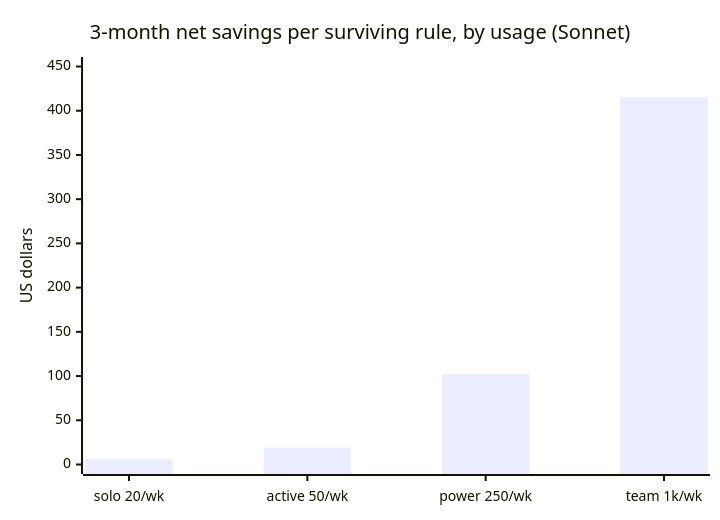
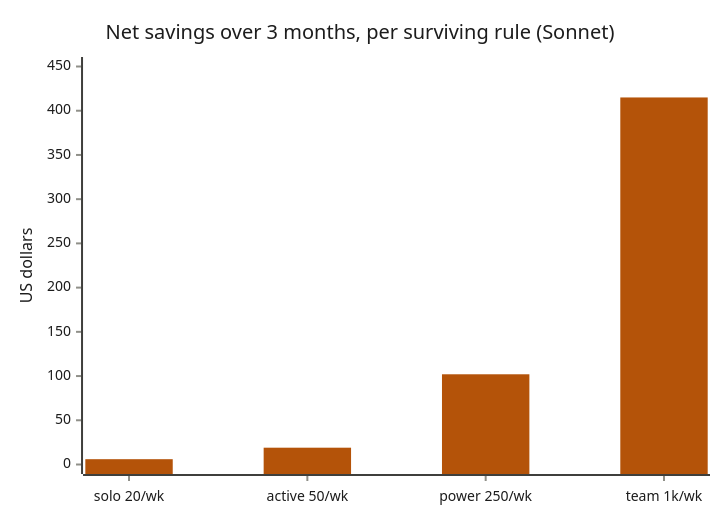
The third of 3 diagrams in README.md (vukkt/token-warden), drawn with Mermaid before and after one commit. The commit also changed other lines of this file and 87 other files, not shown here.

````diff
--- a/README.md
+++ b/README.md
@@ -83,7 +131,8 @@
 ```mermaid
+%%{init: {"theme":"base","themeVariables":{"fontFamily":"ui-monospace, SFMono-Regular, Menlo, monospace","fontSize":"13px","xyChart":{"backgroundColor":"#ffffff","titleColor":"#1c1c1c","xAxisLabelColor":"#1c1c1c","xAxisTitleColor":"#1c1c1c","xAxisTickColor":"#8f8f88","xAxisLineColor":"#3f3f3c","yAxisLabelColor":"#1c1c1c","yAxisTitleColor":"#1c1c1c","yAxisTickColor":"#8f8f88","yAxisLineColor":"#3f3f3c","plotColorPalette":"#b45309"}}}}%%
 xychart-beta
-    title "3-month net savings per surviving rule, by usage (Sonnet)"
+    title "Net savings over 3 months, per surviving rule (Sonnet)"
     x-axis ["solo 20/wk", "active 50/wk", "power 250/wk", "team 1k/wk"]
     y-axis "US dollars" 0 --> 450
     bar [6, 19, 102, 415]
 ```
````
